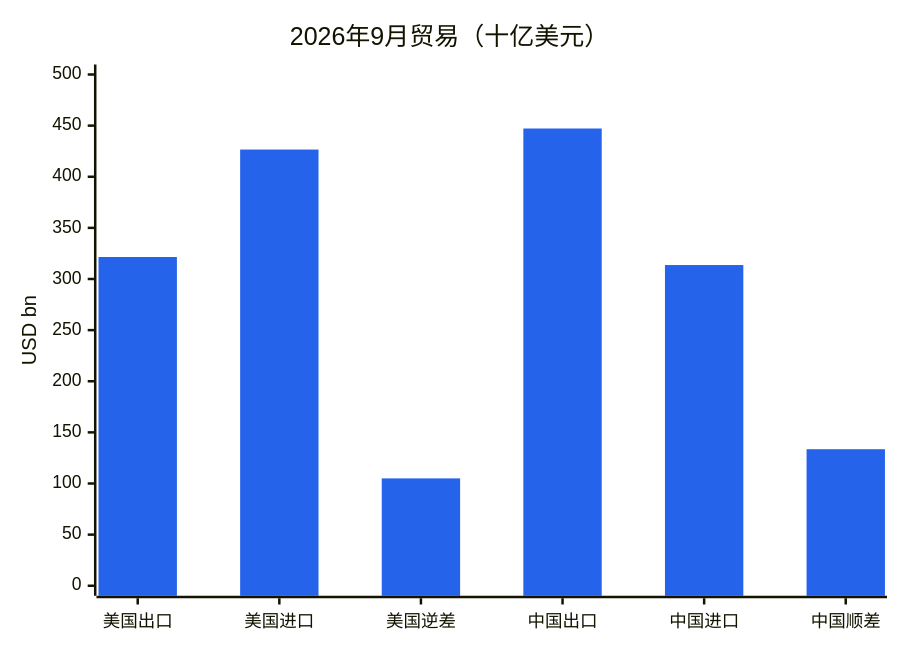
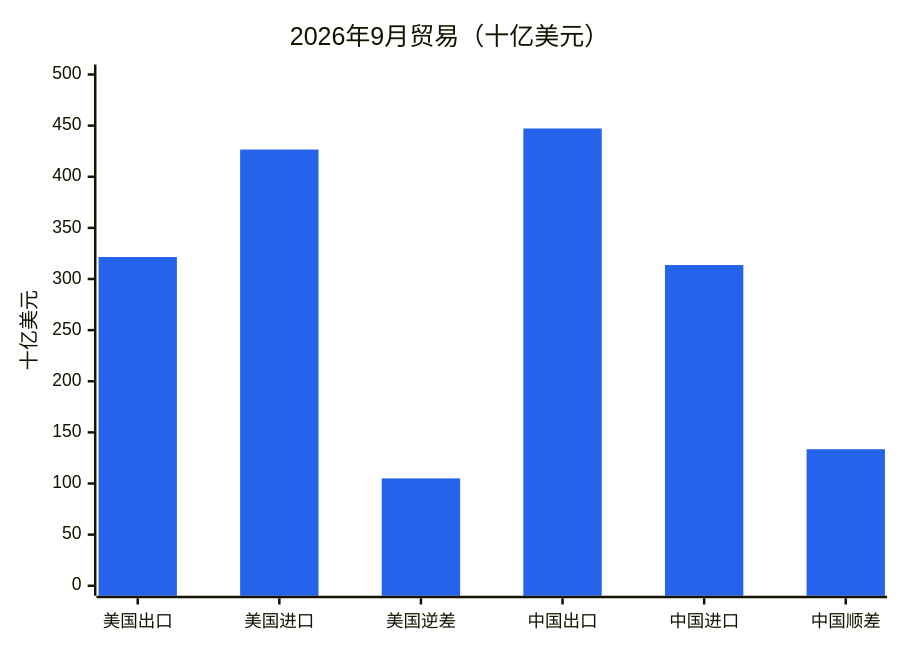
One commit to dureach/research changed the third of 9 diagrams in Global-Trade-Intelligence-weekly-2026-11-09/index.zh.md. Above: the diagram before and after it, drawn with Mermaid. The commit also changed other lines of this file and 5 other files, not shown here.

````diff
--- a/Global-Trade-Intelligence-weekly-2026-11-09/index.zh.md
+++ b/Global-Trade-Intelligence-weekly-2026-11-09/index.zh.md
@@ -347,8 +347,8 @@
 ```mermaid
 %%{init: {'theme': 'base', 'themeVariables': {'xyChart': {'plotColorPalette': '#2563eb'}}}}%%
 xychart-beta
     title "2026年9月贸易（十亿美元）"
     x-axis ["美国出口", "美国进口", "美国逆差", "中国出口", "中国进口", "中国顺差"]
-    y-axis "USD bn" 0 --> 500
+    y-axis "十亿美元" 0 --> 500
     bar [321.5, 426.6, 105, 447.18, 313.65, 133.53]
 ```
````
